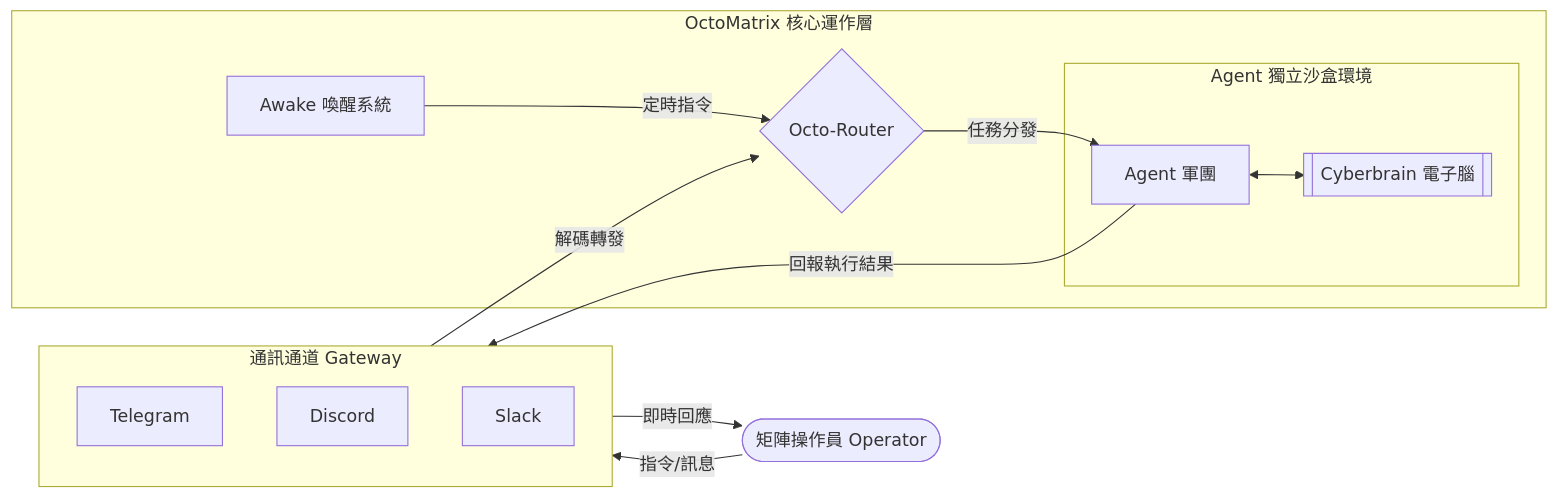
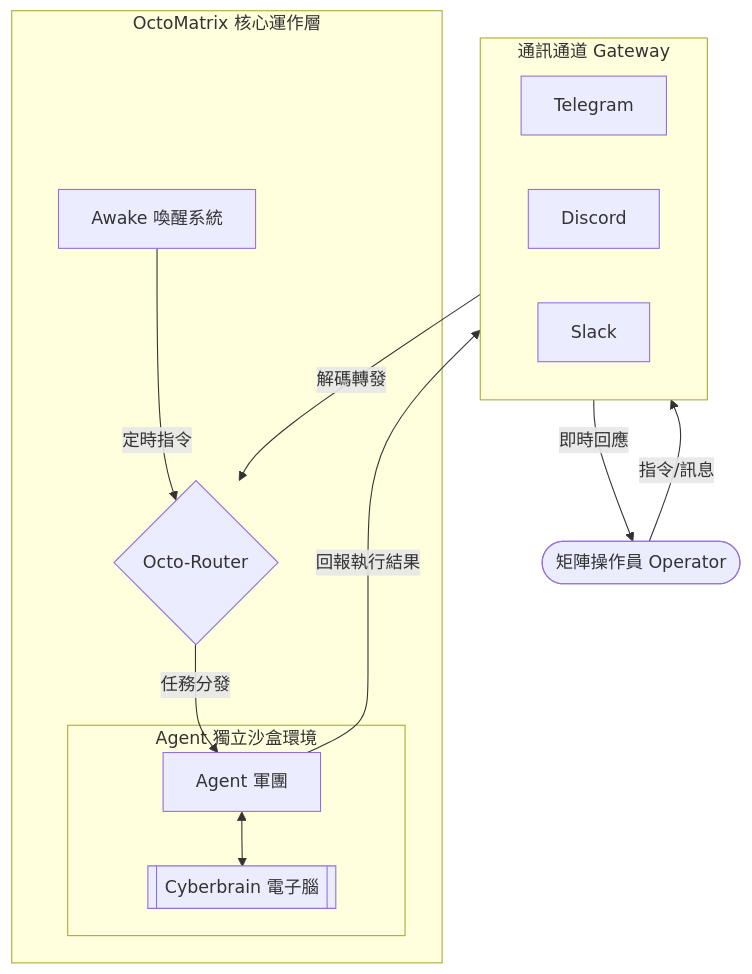
The diagram in README.md (meso4444/OctoMatrix), drawn with Mermaid before and after one commit. The commit also changed other lines of this file, not shown here.

Commit message:
docs: optimize architecture diagram for mobile readability (TD layout)

````diff
--- a/README.md
+++ b/README.md
@@ -23,26 +23,26 @@
 ```mermaid
-graph LR
+graph TD
     Operator([矩陣操作員 Operator]) -- "指令/訊息" --> Channels
     
     subgraph Channels [通訊通道 Gateway]
         TG[Telegram]
         DC[Discord]
         SL[Slack]
     end
     
     Channels -- "解碼轉發" --> Router{Octo-Router}
     
     subgraph Core [OctoMatrix 核心運作層]
         Router -- "任務分發" --> Agents
         Awake[Awake 喚醒系統] -- "定時指令" --> Router
         
         subgraph Sandbox [Agent 獨立沙盒環境]
             Agents[Agent 軍團]
             Cyberbrain[[Cyberbrain 電子腦]]
             Agents <--> Cyberbrain
         end
     end
     
     Agents -- "回報執行結果" --> Channels
     Channels -- "即時回應" --> Operator
 ```
````
